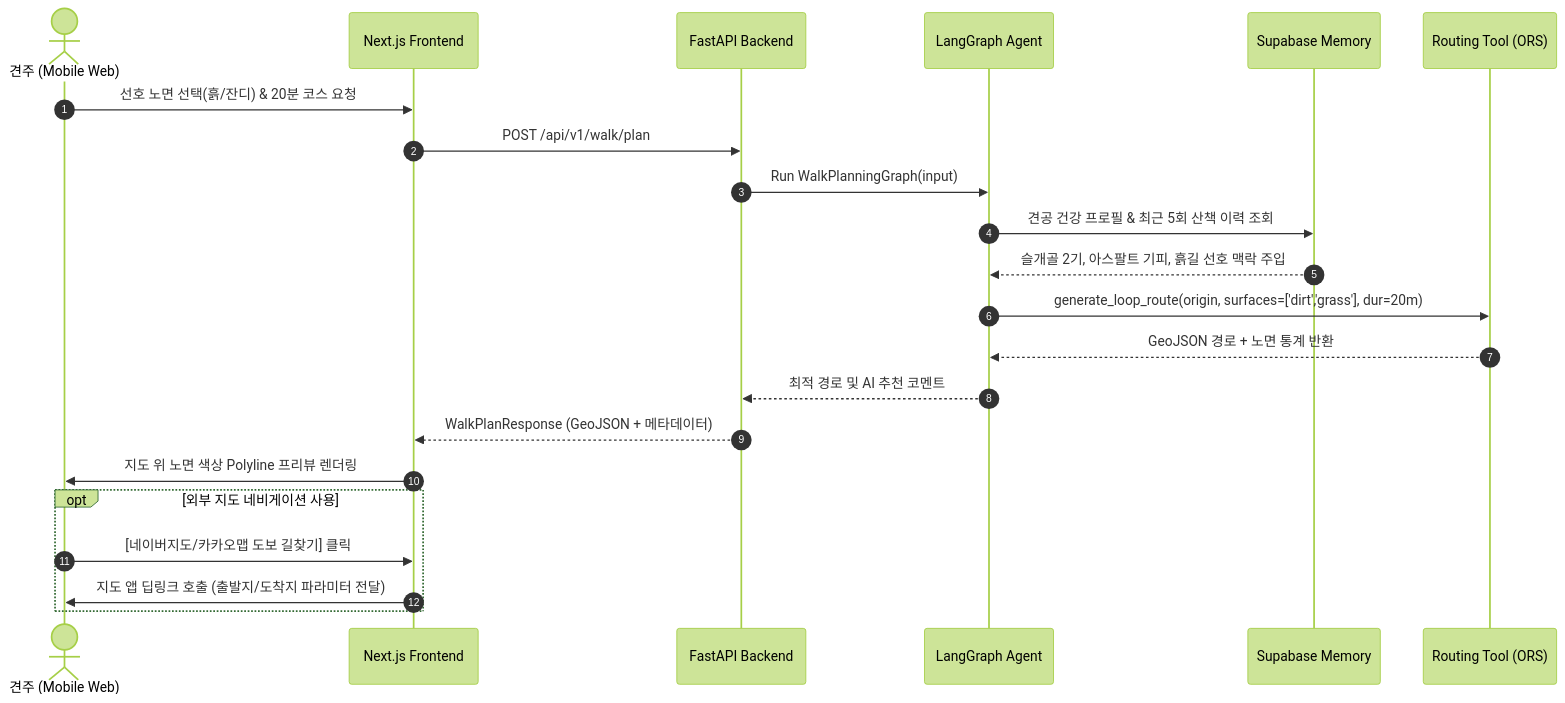
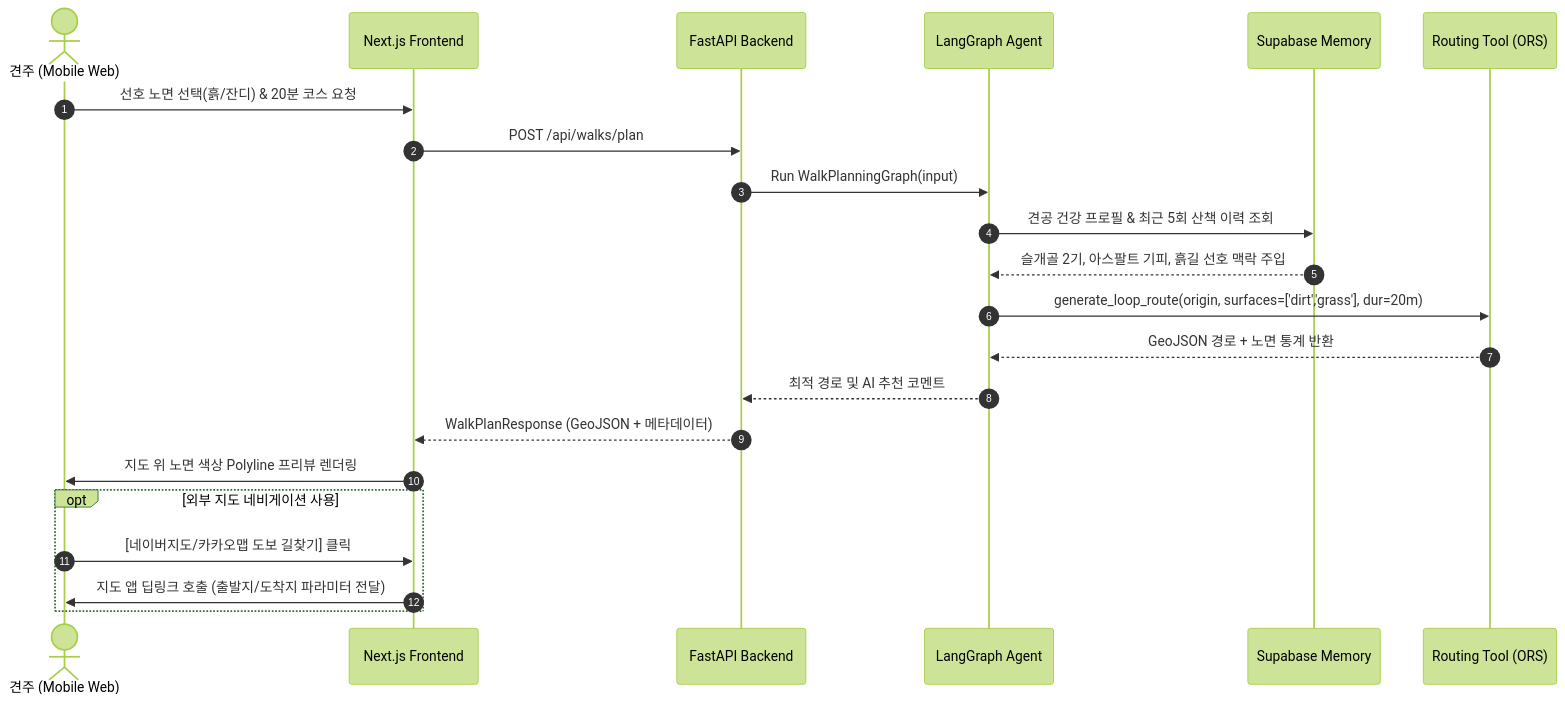
The fourth of 6 diagrams in docs/04_PawTrail_Architecture_Design.md (gigantess/PawTrail), drawn with Mermaid (forest theme) before and after one commit. The commit also changed other lines of this file and 11 other files, not shown here.

````diff
--- a/docs/04_PawTrail_Architecture_Design.md
+++ b/docs/04_PawTrail_Architecture_Design.md
@@ -290,26 +328,26 @@
 ```mermaid
 sequenceDiagram
     autonumber
     actor User as 견주 (Mobile Web)
     participant Front as Next.js Frontend
     participant API as FastAPI Backend
     participant Agent as LangGraph Agent
     participant Mem as Supabase Memory
     participant RouterTool as Routing Tool (ORS)
 
     User->>Front: 선호 노면 선택(흙/잔디) & 20분 코스 요청
-    Front->>API: POST /api/v1/walk/plan
+    Front->>API: POST /api/walks/plan
     API->>Agent: Run WalkPlanningGraph(input)
     Agent->>Mem: 견공 건강 프로필 & 최근 5회 산책 이력 조회
     Mem-->>Agent: 슬개골 2기, 아스팔트 기피, 흙길 선호 맥락 주입
     Agent->>RouterTool: generate_loop_route(origin, surfaces=['dirt','grass'], dur=20m)
     RouterTool-->>Agent: GeoJSON 경로 + 노면 통계 반환
     Agent-->>API: 최적 경로 및 AI 추천 코멘트
     API-->>Front: WalkPlanResponse (GeoJSON + 메타데이터)
     Front->>User: 지도 위 노면 색상 Polyline 프리뷰 렌더링
     
     opt 외부 지도 네비게이션 사용
         User->>Front: [네이버지도/카카오맵 도보 길찾기] 클릭
         Front->>User: 지도 앱 딥링크 호출 (출발지/도착지 파라미터 전달)
     end
 ```
````
